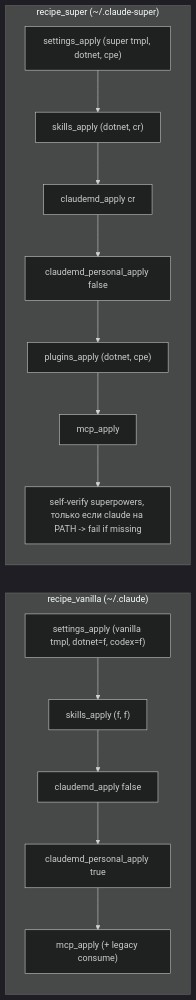
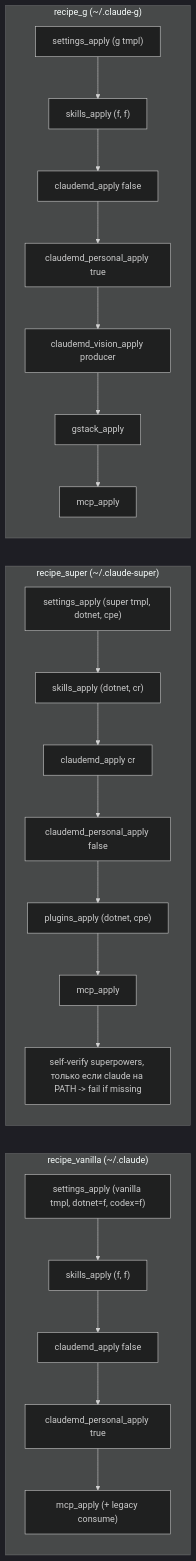
The fourth of 4 diagrams in docs/architecture.md (stpntkhnv/claudefiles), drawn with Mermaid (dark theme) before and after one commit. The commit also changed other lines of this file and 6 other files, not shown here.

````diff
--- a/docs/architecture.md
+++ b/docs/architecture.md
@@ -99,23 +103,34 @@
 ```mermaid
 flowchart LR
   subgraph V["recipe_vanilla (~/.claude)"]
     direction TB
     v1["settings_apply (vanilla tmpl, dotnet=f, codex=f)"]
     v2["skills_apply (f, f)"]
     v3["claudemd_apply false"]
     v4["claudemd_personal_apply true"]
     v6["mcp_apply (+ legacy consume)"]
     v1 --> v2 --> v3 --> v4 --> v6
   end
   subgraph S["recipe_super (~/.claude-super)"]
     direction TB
     s1["settings_apply (super tmpl, dotnet, cpe)"]
     s2["skills_apply (dotnet, cr)"]
     s3["claudemd_apply cr"]
     s4["claudemd_personal_apply false"]
     s5["plugins_apply (dotnet, cpe)"]
     s6["mcp_apply"]
     s7["self-verify superpowers, только если claude на PATH -> fail if missing"]
     s1 --> s2 --> s3 --> s4 --> s5 --> s6 --> s7
   end
+  subgraph G["recipe_g (~/.claude-g)"]
+    direction TB
+    g1["settings_apply (g tmpl)"]
+    g2["skills_apply (f, f)"]
+    g3["claudemd_apply false"]
+    g4["claudemd_personal_apply true"]
+    g5["claudemd_vision_apply producer"]
+    g6["gstack_apply"]
+    g7["mcp_apply"]
+    g1 --> g2 --> g3 --> g4 --> g5 --> g6 --> g7
+  end
 ```
````
